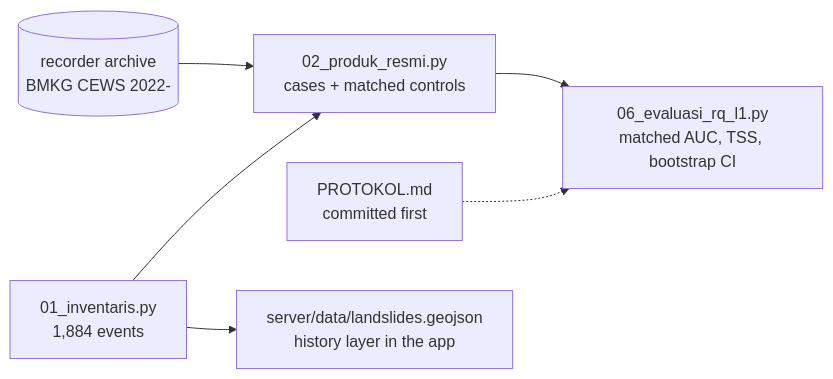
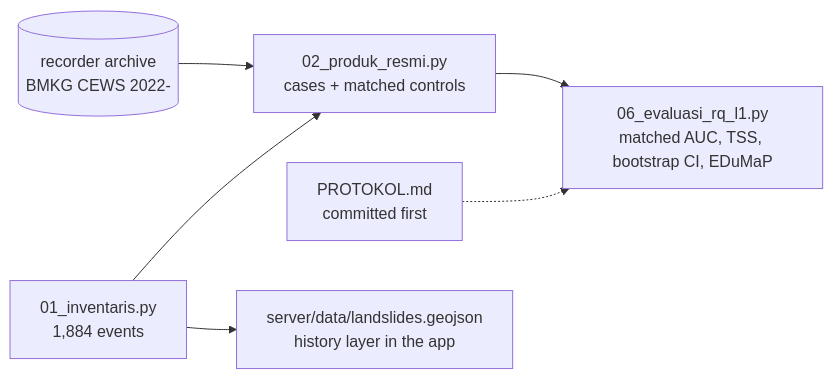
The second of 2 diagrams in README.md (Bintangilham10/webgis-bencana-alam), drawn with Mermaid before and after one commit. The commit also changed other lines of this file and 12 other files, not shown here.

````diff
--- a/README.md
+++ b/README.md
@@ -174,8 +206,8 @@
 ```mermaid
 flowchart LR
   P["PROTOKOL.md<br/>committed first"] -.-> E
   I["01_inventaris.py<br/>1,884 events"] --> S["02_produk_resmi.py<br/>cases + matched controls"]
-  S --> E["06_evaluasi_rq_l1.py<br/>matched AUC, TSS, bootstrap CI"]
+  S --> E["06_evaluasi_rq_l1.py<br/>matched AUC, TSS, bootstrap CI, EDuMaP"]
   A[("recorder archive<br/>BMKG CEWS 2022-")] --> S
   I --> H["server/data/landslides.geojson<br/>history layer in the app"]
 ```
````
